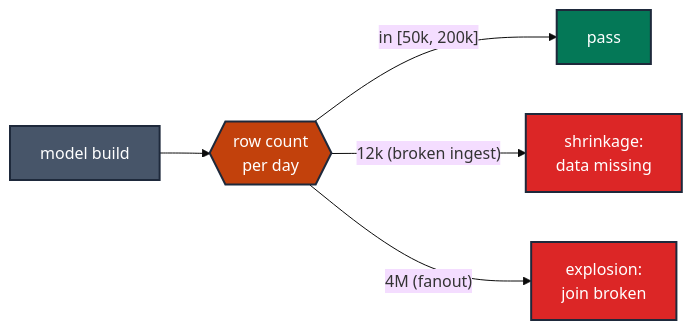
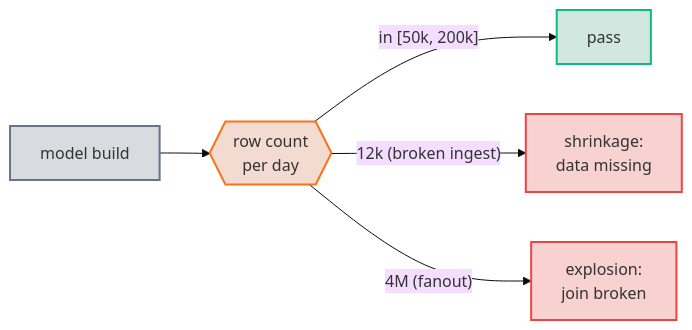
One commit to neozenith/dbt-gcp-jaffleshop changed the diagram in docs/guides/testing_taxonomy/model/MD-06-row-count-band.md. Above: the diagram before and after it, drawn with Mermaid (base theme). The commit also changed 36 other files, not shown here.

First line of the commit message:
docs(taxonomy): rework guide entry-point + WCAG-AAA dual-theme mermaid palette (#19)

````diff
--- a/docs/guides/testing_taxonomy/model/MD-06-row-count-band.md
+++ b/docs/guides/testing_taxonomy/model/MD-06-row-count-band.md
@@ -112,13 +112,13 @@
 ```mermaid
 flowchart LR
     mart["model build"]:::modelPrimary --> count{{"row count<br/>per day"}}:::gate
 
     count -- "in [50k, 200k]" --> ok["pass"]:::ok
     count -- "12k (broken ingest)" --> shrink["shrinkage:<br/>data missing"]:::fail
     count -- "4M (fanout)" --> blow["explosion:<br/>join broken"]:::fail
 
-    classDef modelPrimary fill:#475569,stroke:#1e293b,color:#fff,stroke-width:2px
-    classDef gate         fill:#c2410c,stroke:#1e293b,color:#fff,stroke-width:2px
-    classDef ok           fill:#047857,stroke:#1e293b,color:#fff,stroke-width:2px
-    classDef fail         fill:#dc2626,stroke:#1e293b,color:#fff,stroke-width:2px
+    classDef modelPrimary fill:#47556936,stroke:#64748b,stroke-width:2px
+    classDef gate fill:#c2410c30,stroke:#f97316,stroke-width:2px
+    classDef ok fill:#0478572e,stroke:#10b981,stroke-width:2px
+    classDef fail fill:#dc262636,stroke:#ef4444,stroke-width:2px
 ```
````
